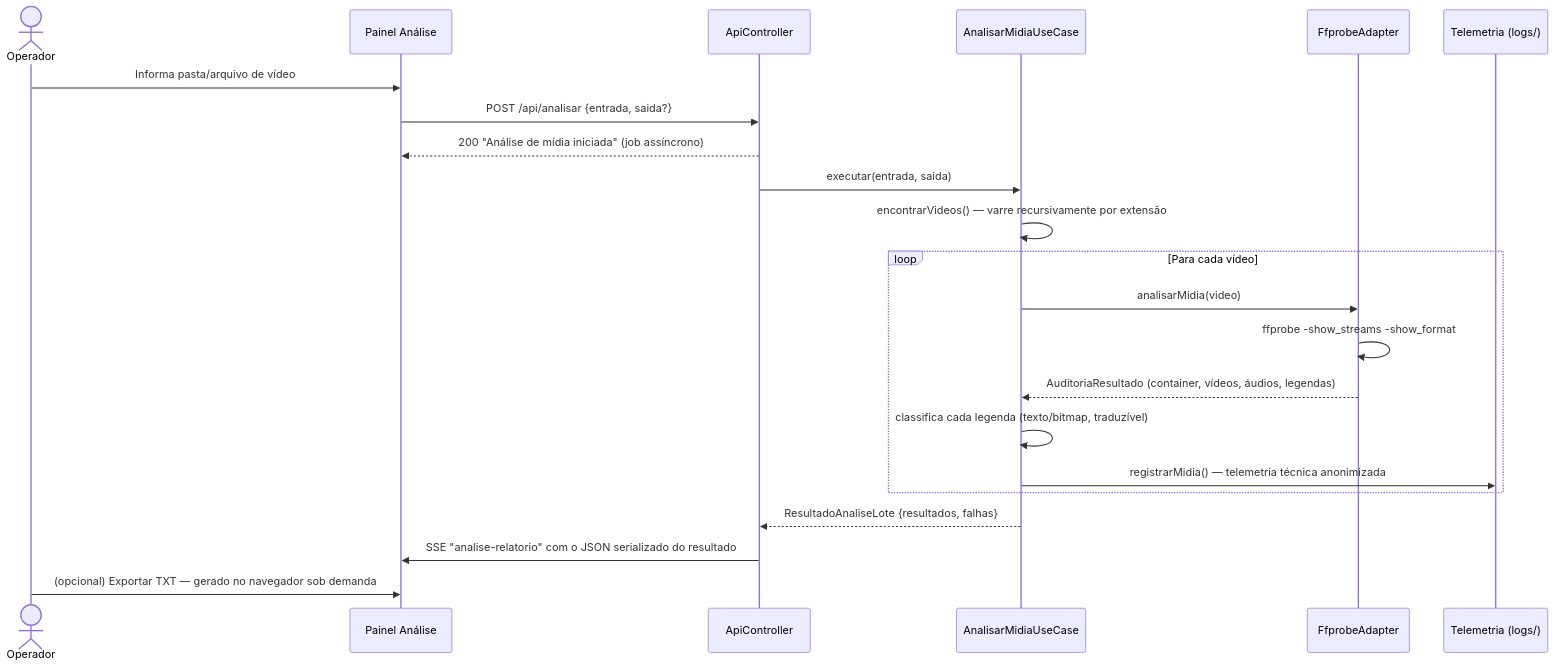
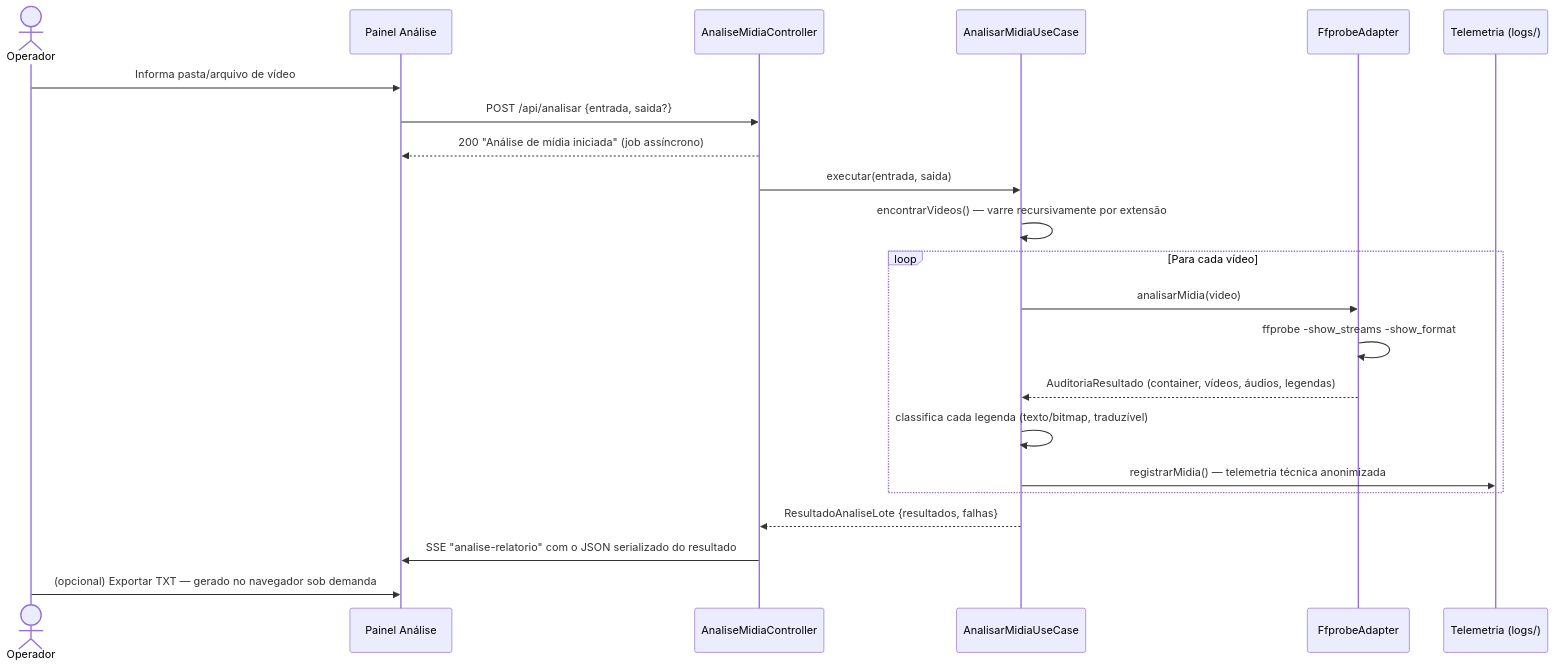
Before and after one commit to carmipa/traducao_animes_llm_local_quarkus-1: the diagram in docs/etapa-1.1-analise-midia.md, drawn with Mermaid. The commit also changed 5 other files, not shown here.

First line of the commit message:
docs: varredura de referencia morta nos 26 documentos — o ApiController que nao existe mais

````diff
--- a/docs/etapa-1.1-analise-midia.md
+++ b/docs/etapa-1.1-analise-midia.md
@@ -33,25 +33,25 @@
 ```mermaid
 sequenceDiagram
     actor Op as Operador
     participant UI as Painel Análise
-    participant API as ApiController
+    participant API as AnaliseMidiaController
     participant UC as AnalisarMidiaUseCase
     participant FF as FfprobeAdapter
     participant TEL as Telemetria (logs/)
 
     Op->>UI: Informa pasta/arquivo de vídeo
     UI->>API: POST /api/analisar {entrada, saida?}
     API-->>UI: 200 "Análise de mídia iniciada" (job assíncrono)
     API->>UC: executar(entrada, saida)
     UC->>UC: encontrarVideos() — varre recursivamente por extensão
     loop Para cada vídeo
         UC->>FF: analisarMidia(video)
         FF->>FF: ffprobe -show_streams -show_format
         FF-->>UC: AuditoriaResultado (container, vídeos, áudios, legendas)
         UC->>UC: classifica cada legenda (texto/bitmap, traduzível)
         UC->>TEL: registrarMidia() — telemetria técnica anonimizada
     end
     UC-->>API: ResultadoAnaliseLote {resultados, falhas}
     API->>UI: SSE "analise-relatorio" com o JSON serializado do resultado
     Op->>UI: (opcional) Exportar TXT — gerado no navegador sob demanda
 ```
````
